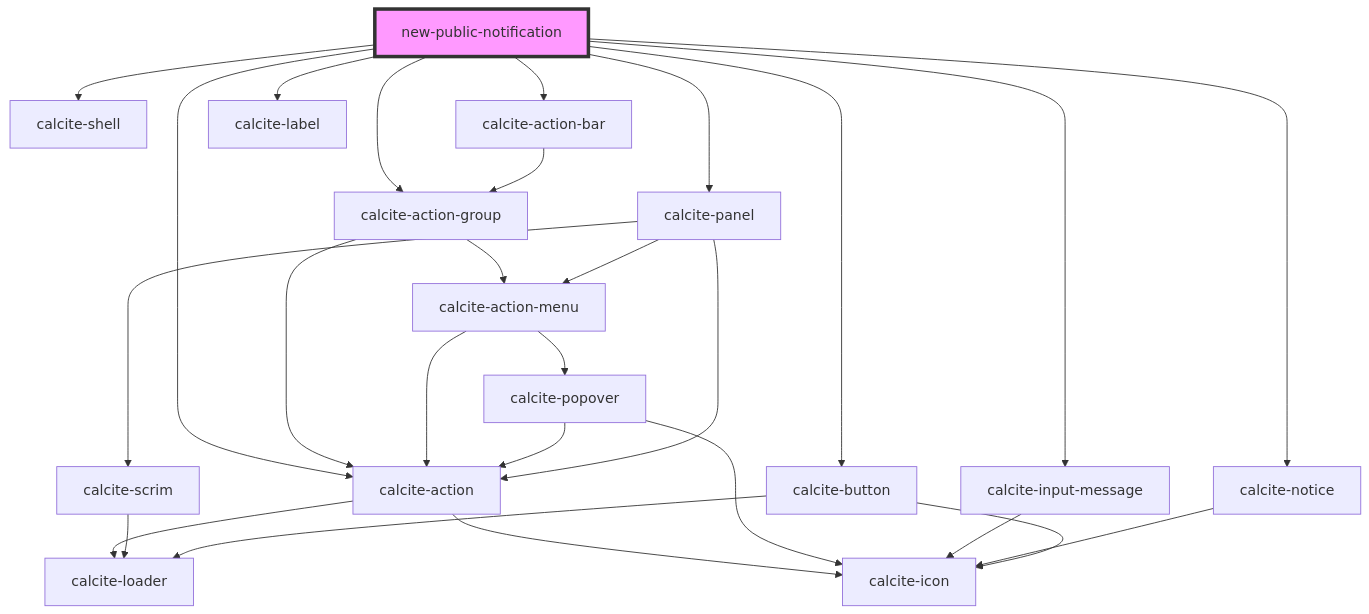
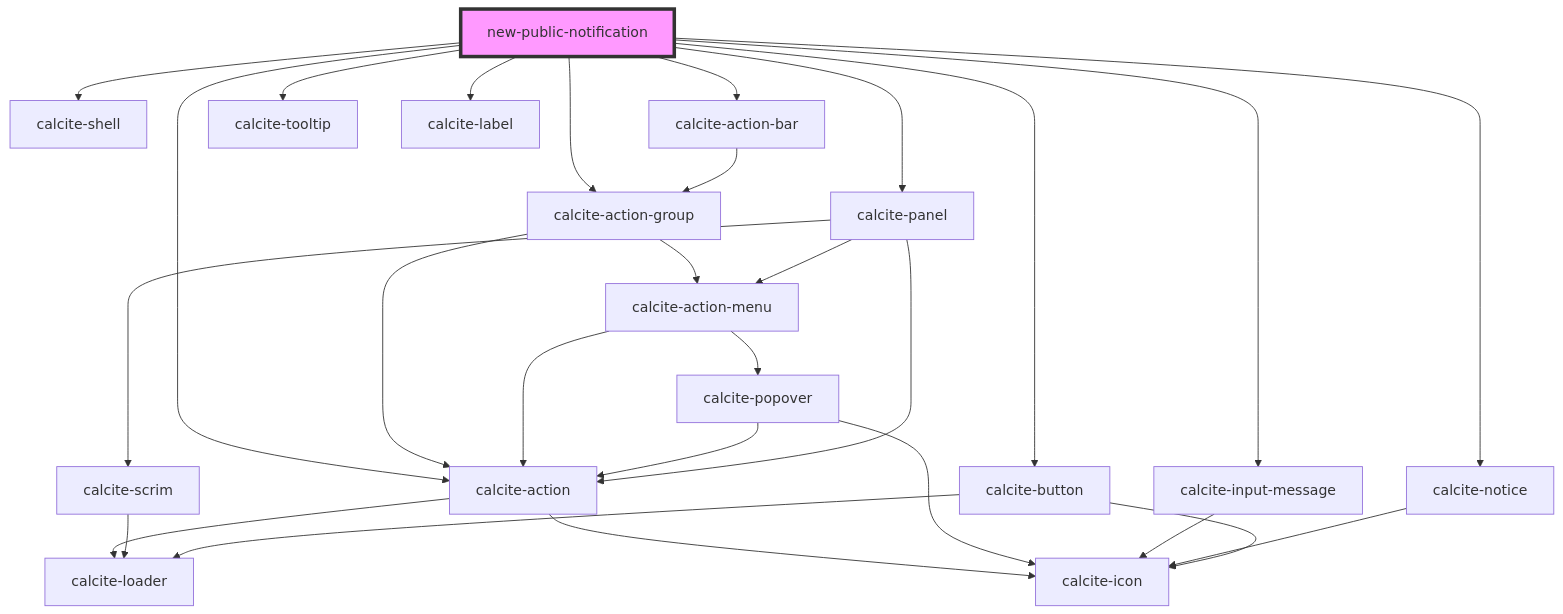
One commit to Esri/solutions-components changed the diagram in src/components/new-public-notification/readme.md. Above: the diagram before and after it, drawn with Mermaid. The commit also changed other lines of this file and 4 other files, not shown here.

````diff
--- a/src/components/new-public-notification/readme.md
+++ b/src/components/new-public-notification/readme.md
@@ -23,30 +24,31 @@
 ```mermaid
 graph TD;
   new-public-notification --> calcite-shell
   new-public-notification --> calcite-action-bar
   new-public-notification --> calcite-action-group
   new-public-notification --> calcite-action
+  new-public-notification --> calcite-tooltip
   new-public-notification --> calcite-panel
   new-public-notification --> calcite-label
   new-public-notification --> calcite-input-message
   new-public-notification --> calcite-notice
   new-public-notification --> calcite-button
   calcite-action-bar --> calcite-action-group
   calcite-action-group --> calcite-action-menu
   calcite-action-group --> calcite-action
   calcite-action-menu --> calcite-action
   calcite-action-menu --> calcite-popover
   calcite-action --> calcite-loader
   calcite-action --> calcite-icon
   calcite-popover --> calcite-action
   calcite-popover --> calcite-icon
   calcite-panel --> calcite-action
   calcite-panel --> calcite-action-menu
   calcite-panel --> calcite-scrim
   calcite-scrim --> calcite-loader
   calcite-input-message --> calcite-icon
   calcite-notice --> calcite-icon
   calcite-button --> calcite-loader
   calcite-button --> calcite-icon
   style new-public-notification fill:#f9f,stroke:#333,stroke-width:4px
 ```
````
